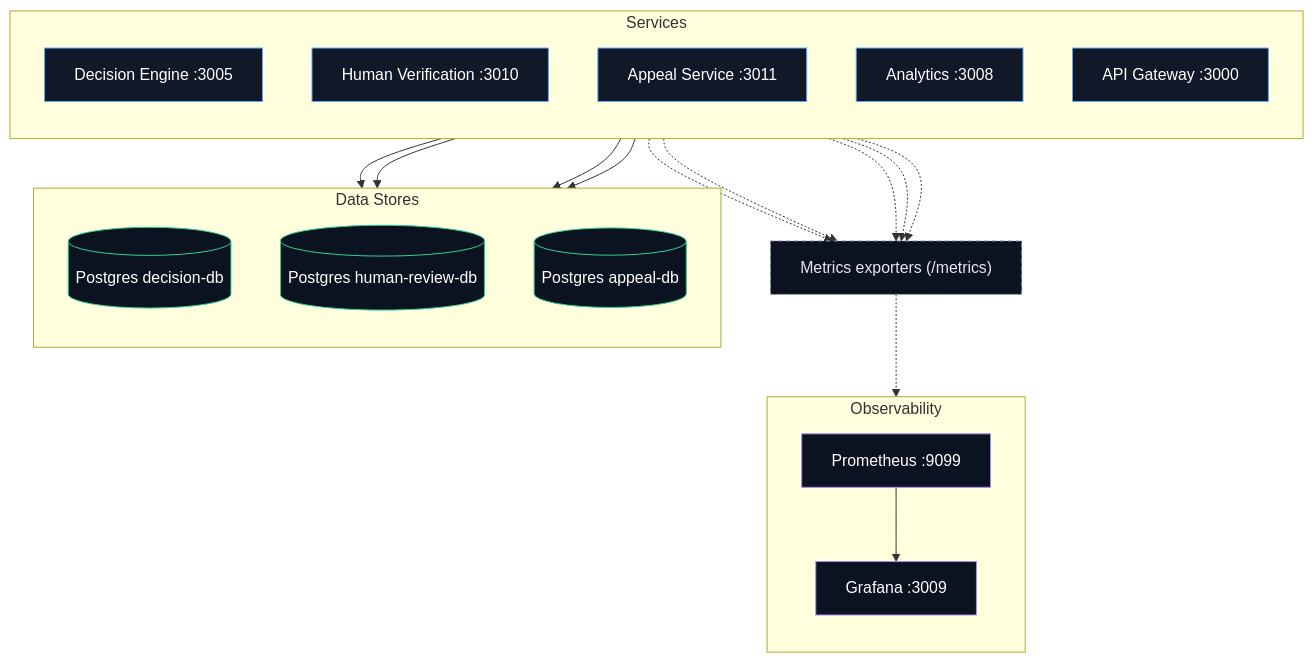
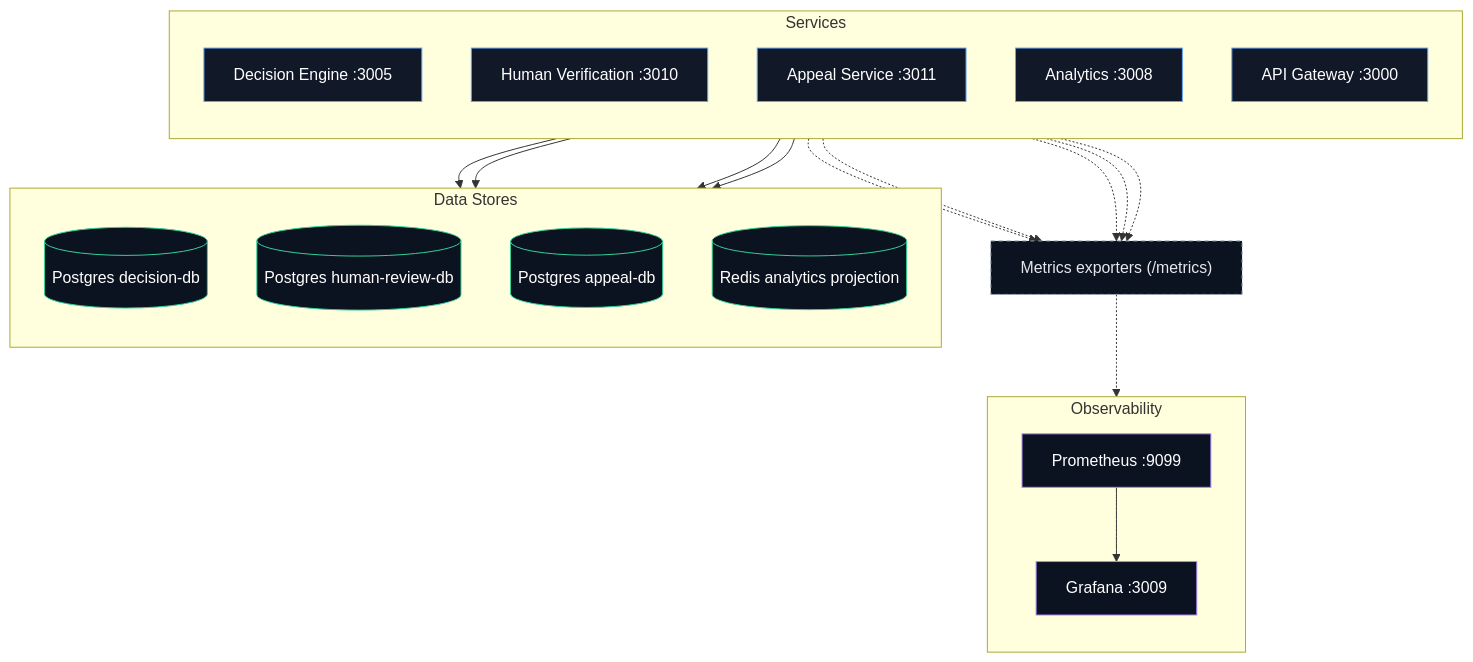
The second of 2 diagrams in README.md (Naren3333/fraud-detection-system), drawn with Mermaid before and after one commit. The commit also changed other lines of this file and 16 other files, not shown here.

````diff
--- a/README.md
+++ b/README.md
@@ -92,62 +94,63 @@
 ```mermaid
 flowchart TB
 
 %% =========================
 %% STYLES
 %% =========================
 classDef svc fill:#111827,stroke:#60a5fa,color:#fff,stroke-width:1px;
 classDef db fill:#0b1220,stroke:#34d399,color:#fff,stroke-width:1px;
 classDef obs fill:#0b1220,stroke:#a78bfa,color:#fff,stroke-width:1px;
 classDef note fill:#0b1220,stroke:#94a3b8,color:#e5e7eb,stroke-dasharray:4 4;
 
 %% =========================
 %% SERVICES (only those with DB relationships shown)
 %% =========================
 subgraph Services[Services]
 direction TB
 Decision[Decision Engine :3005]:::svc
 HumanVerify[Human Verification :3010]:::svc
 Appeal[Appeal Service :3011]:::svc
 Analytics[Analytics :3008]:::svc
 Gateway[API Gateway :3000]:::svc
 end
 
 %% =========================
 %% DATA STORES
 %% =========================
 subgraph Data[Data Stores]
 direction TB
 DecisionDB[(Postgres decision-db)]:::db
 HumanReviewDB[(Postgres human-review-db)]:::db
 AppealDB[(Postgres appeal-db)]:::db
+RedisProjection[(Redis analytics projection)]:::db
 end
 
 %% =========================
 %% OBSERVABILITY
 %% =========================
 subgraph Obs[Observability]
 direction TB
 Prometheus[Prometheus :9099]:::obs
 Grafana[Grafana :3009]:::obs
 Prometheus --> Grafana
 end
 
 %% =========================
 %% DB LINKS
 %% =========================
 Decision --> DecisionDB
-Analytics --> DecisionDB
 HumanVerify --> HumanReviewDB
 Appeal --> AppealDB
+Analytics --> RedisProjection
 
 %% =========================
 %% METRICS (clean hub instead of 10 arrows)
 %% =========================
 MetricsHub["Metrics exporters (/metrics)"]:::note
 Gateway -.-> MetricsHub
 Decision -.-> MetricsHub
 HumanVerify -.-> MetricsHub
 Appeal -.-> MetricsHub
 Analytics -.-> MetricsHub
 MetricsHub -.-> Prometheus
 ```
````
